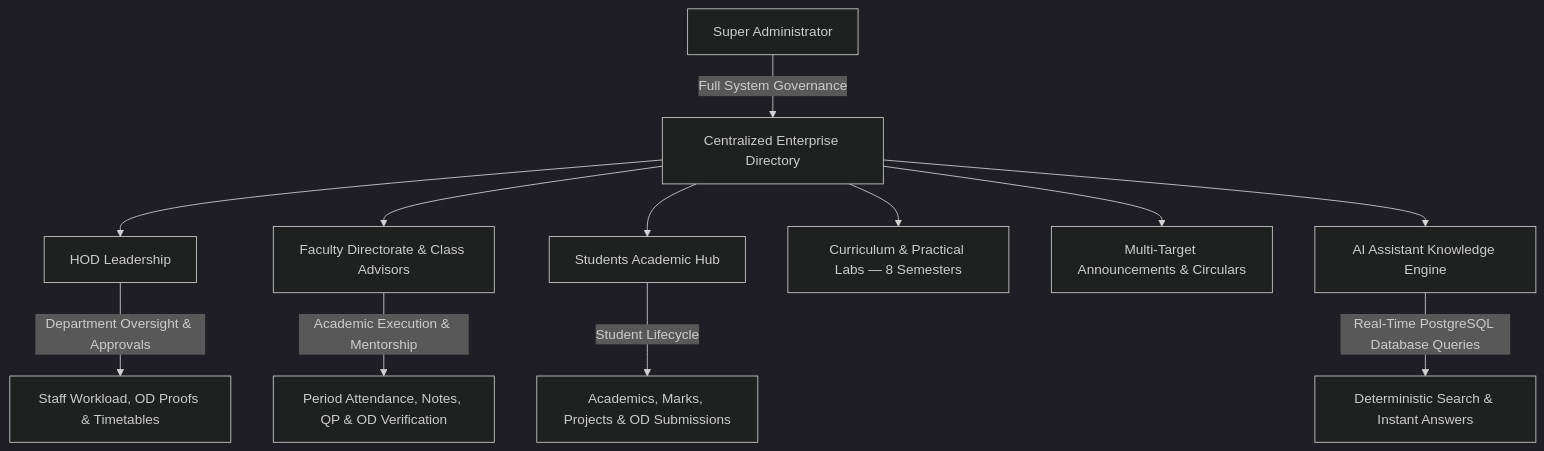
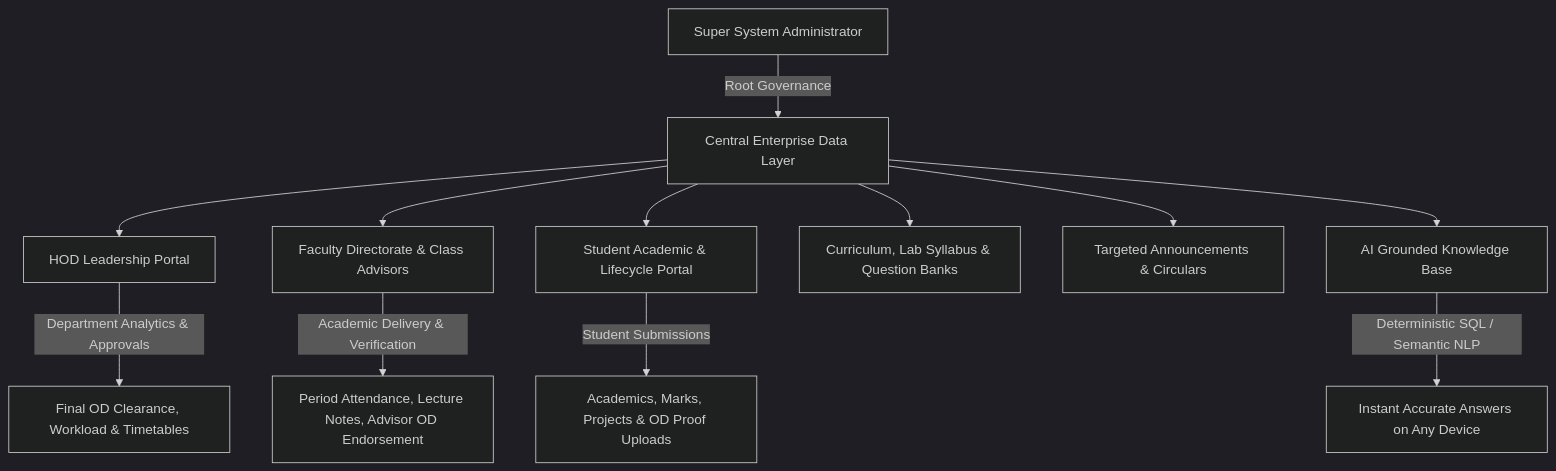
Before and after one commit to logeshwaran2097-hue/AIDS-Digital-Portal: the diagram in README.md, drawn with Mermaid (dark theme). The commit also changed other lines of this file, not shown here.

Commit message:
docs: expand README with comprehensive website overview, live details, role workflows, database schema, and deployment architecture

````diff
--- a/README.md
+++ b/README.md
@@ -25,15 +42,15 @@
 ```mermaid
 graph TD
-    A[Super Administrator] -->|Full System Governance| B[Centralized Enterprise Directory]
-    B --> C[HOD Leadership]
+    A[Super System Administrator] -->|Root Governance| B[Central Enterprise Data Layer]
+    B --> C[HOD Leadership Portal]
     B --> D[Faculty Directorate & Class Advisors]
-    B --> E[Students Academic Hub]
-    B --> F[Curriculum & Practical Labs — 8 Semesters]
-    B --> G[Multi-Target Announcements & Circulars]
-    B --> H[AI Assistant Knowledge Engine]
-    
-    C -->|Department Oversight & Approvals| I[Staff Workload, OD Proofs & Timetables]
-    D -->|Academic Execution & Mentorship| J[Period Attendance, Notes, QP & OD Verification]
-    E -->|Student Lifecycle| K[Academics, Marks, Projects & OD Submissions]
-    H -->|Real-Time PostgreSQL Database Queries| L[Deterministic Search & Instant Answers]
+    B --> E[Student Academic & Lifecycle Portal]
+    B --> F[Curriculum, Lab Syllabus & Question Banks]
+    B --> G[Targeted Announcements & Circulars]
+    B --> H[AI Grounded Knowledge Base]
+
+    C -->|Department Analytics & Approvals| I[Final OD Clearance, Workload & Timetables]
+    D -->|Academic Delivery & Verification| J[Period Attendance, Lecture Notes, Advisor OD Endorsement]
+    E -->|Student Submissions| K[Academics, Marks, Projects & OD Proof Uploads]
+    H -->|Deterministic SQL / Semantic NLP| L[Instant Accurate Answers on Any Device]
 ```
````
